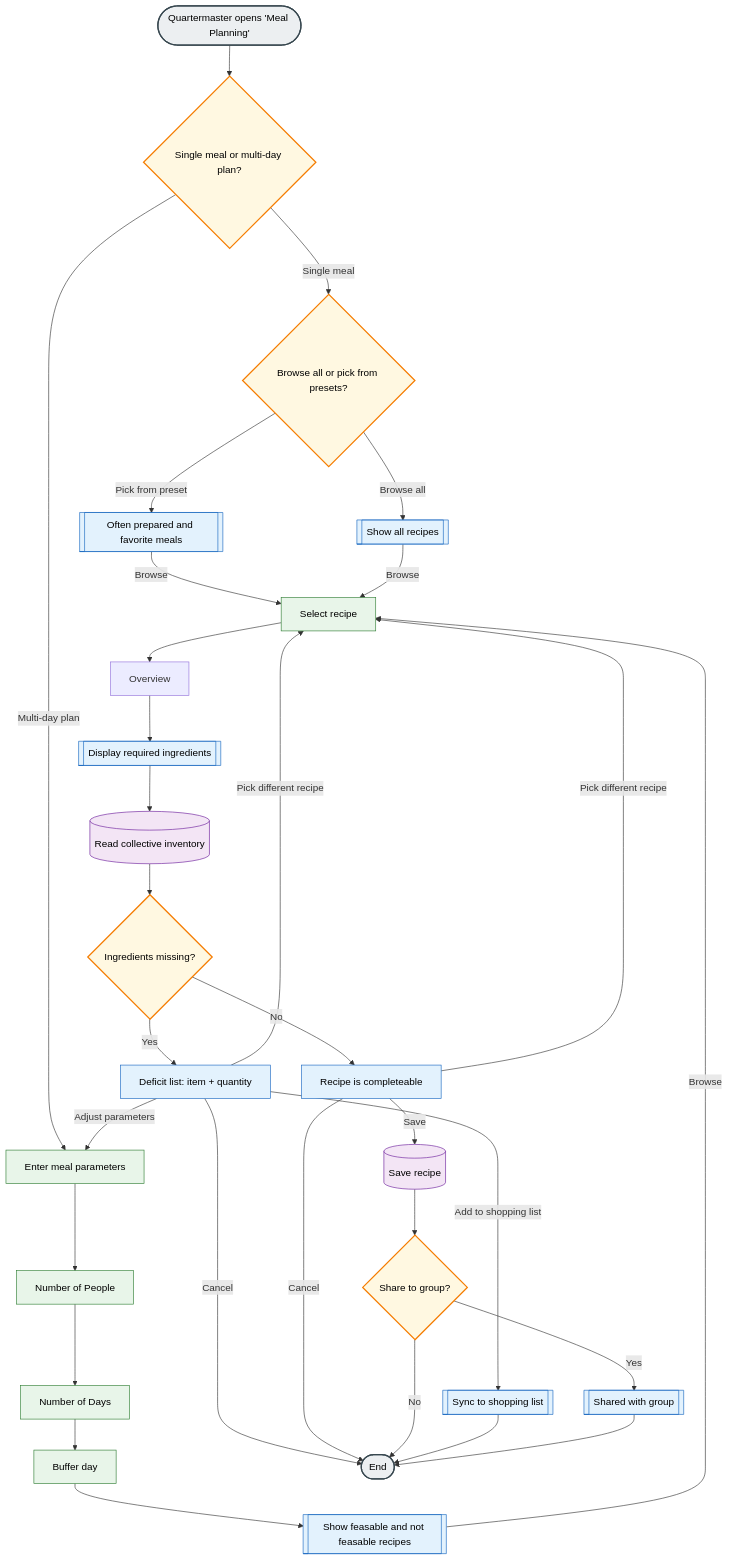
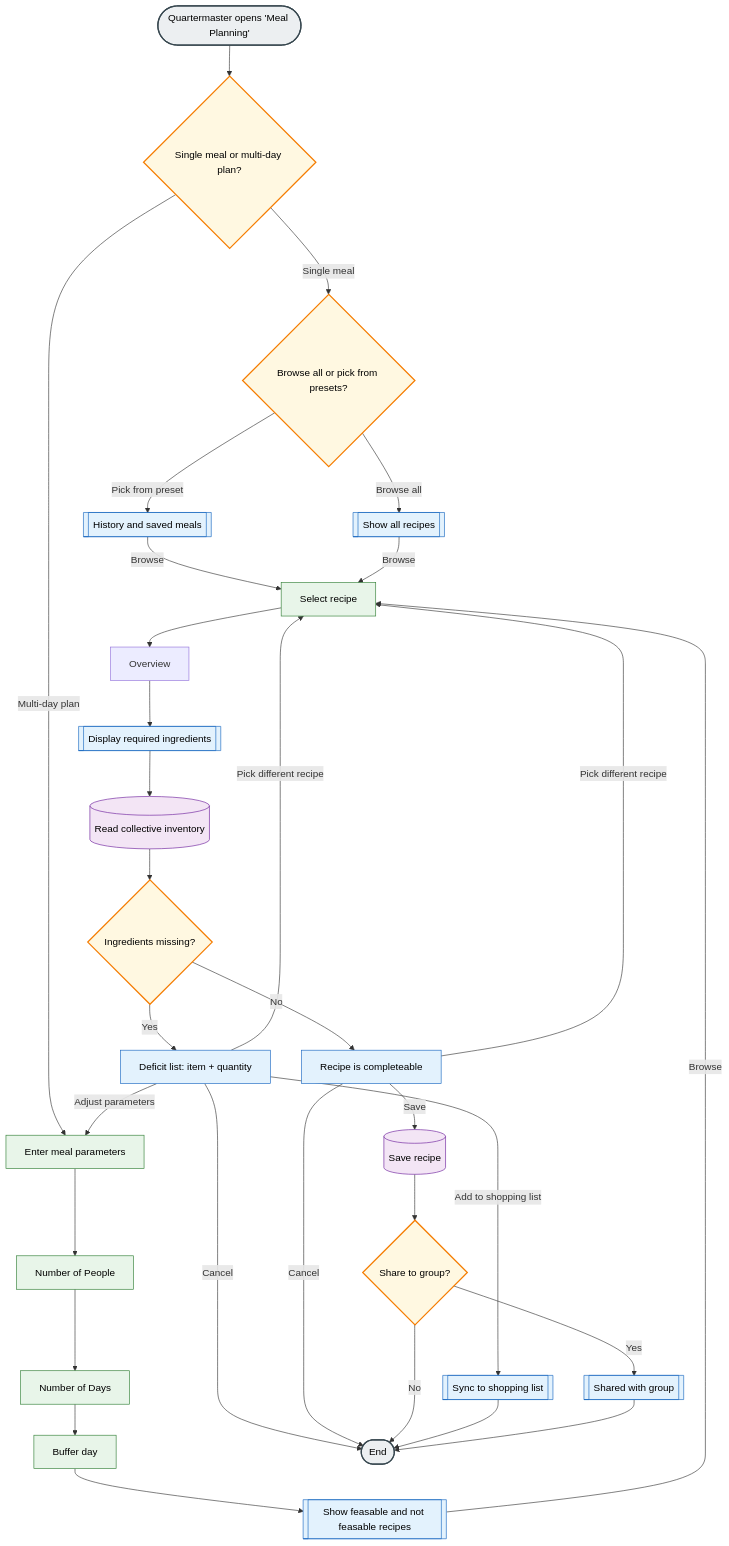
The diagram in artifacts/artifact-2/artifact-2-deciding.md (Mourice05/The-Fellowship-of-the-Code-2026), drawn with Mermaid before and after one commit.

Commit message:
Update artifact-2-deciding.md
mermaid change

````diff
--- a/artifacts/artifact-2/artifact-2-deciding.md
+++ b/artifacts/artifact-2/artifact-2-deciding.md
@@ -24,47 +24,47 @@
 ```mermaid
 flowchart TB
     Start(["Quartermaster opens 'Meal Planning'"])
     Start --> Q{Single meal or multi-day plan?}
     Q -->|Single meal| C
     Q -->|Multi-day plan| B
     C{Browse all or pick from presets?}
     C -->|Browse all| R
-    C -->|Pick from preset| X[[Often prepared and favorite meals]] --> |Browse| H
+    C -->|Pick from preset| X[[History and saved meals]] --> |Browse| H
     B[Enter meal parameters] --> D[Number of People]
     D --> E[Number of Days]
     E --> F[Buffer day]
     F --> G[[Show feasable and not feasable recipes]]
     R[[Show all recipes]]
     G -->|Browse| H
     R -->|Browse| H
     H[Select recipe] --> T[Overview]
     T --> H2[[Display required ingredients]]
     H2 --> Z[(Read collective inventory)]
     Z --> I{Ingredients missing?}
     I -->|Yes| L[Deficit list: item + quantity]
     I -->|No| M[Recipe is completeable]
     L -->|Add to shopping list| K[[Sync to shopping list]]
     L -->|Adjust parameters| B
     L -->|Pick different recipe| H
     L -->|Cancel| ZZ
     M -->|Save| N[(Save recipe)]
     M -->|Pick different recipe| H
     M -->|Cancel| ZZ
     N --> S{Share to group?}
     S -->|Yes| O[[Shared with group]]
     S -->|No| ZZ
     K --> ZZ
     O --> ZZ
     ZZ([End])
 
      classDef decision fill:#fff8e1,stroke:#f57c00,stroke-width:2px,color:#000
     classDef system fill:#e3f2fd,stroke:#1565c0,color:#000
     classDef data fill:#f3e5f5,stroke:#6a1b9a,color:#000
     classDef user fill:#e8f5e9,stroke:#2e7d32,color:#000
     classDef endpoint fill:#eceff1,stroke:#37474f,stroke-width:2px,color:#000
     class Q,C,I,S decision
     class G,R,H2,K,O,X,L,M system
     class Z,N data
     class B,D,E,F,H user
     class Start,ZZ endpoint
 ```
````
